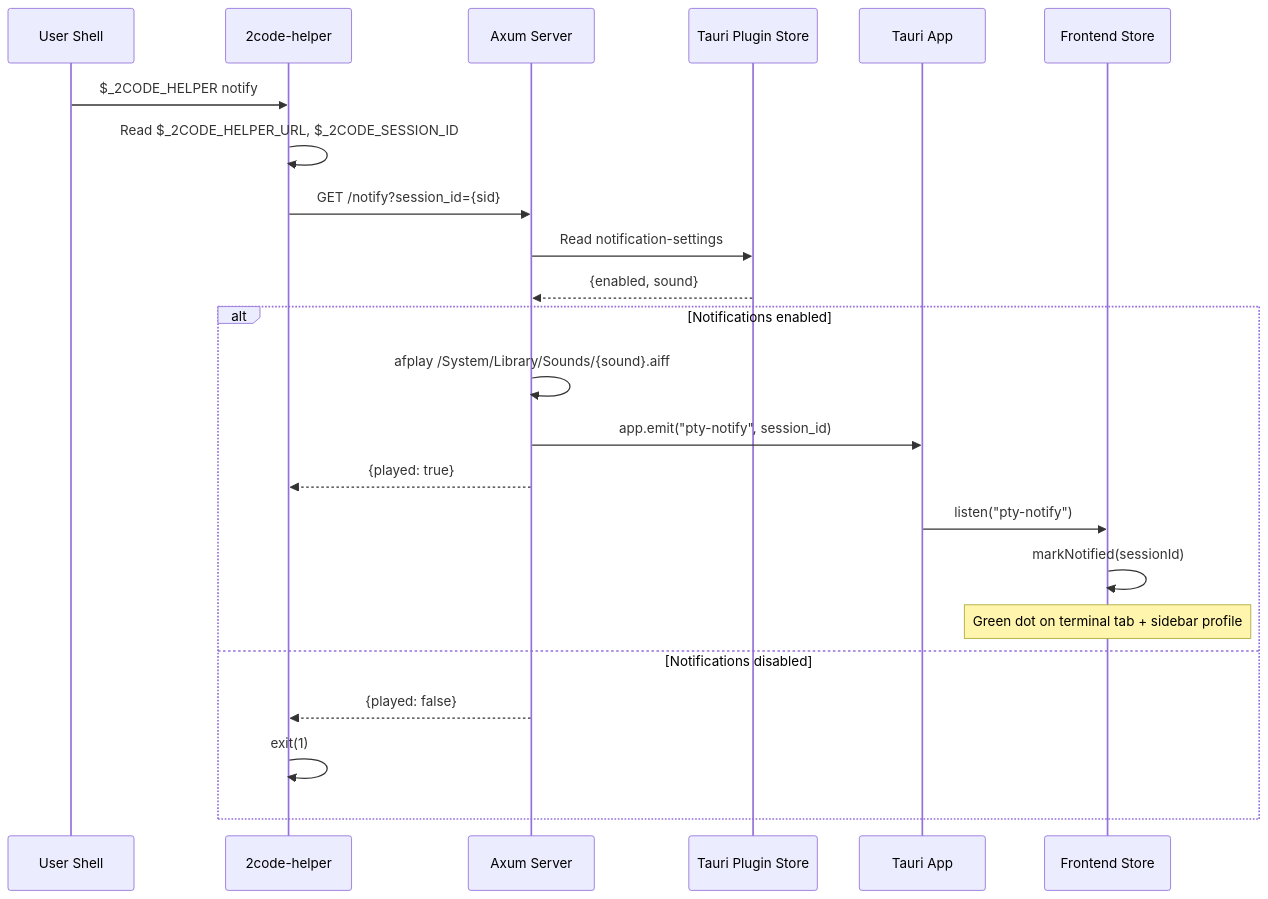
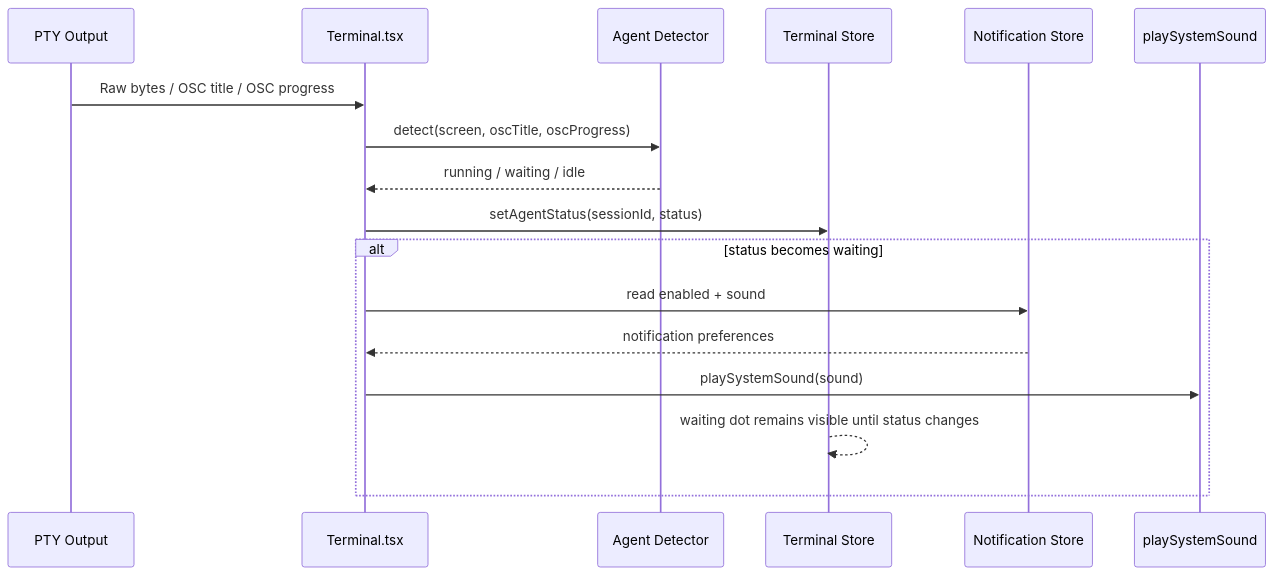
One commit to AkaraChen/2code changed the fourth of 5 diagrams in docs/data-flow.md. Above: the diagram before and after it, drawn with Mermaid. The commit also changed other lines of this file and 5 other files, not shown here.

Commit message:
docs: align pty storage architecture

````diff
--- a/docs/data-flow.md
+++ b/docs/data-flow.md
@@ -117,27 +118,21 @@
 ```mermaid
 sequenceDiagram
-    participant Shell as User Shell
-    participant CLI as 2code-helper
-    participant HTTP as Axum Server
-    participant Store as Tauri Plugin Store
-    participant App as Tauri App
-    participant FE as Frontend Store
+    participant PTY as PTY Output
+    participant Term as Terminal.tsx
+    participant Detector as Agent Detector
+    participant Store as Terminal Store
+    participant Settings as Notification Store
+    participant BE as playSystemSound
 
-    Shell->>CLI: $_2CODE_HELPER notify
-    CLI->>CLI: Read $_2CODE_HELPER_URL, $_2CODE_SESSION_ID
-    CLI->>HTTP: GET /notify?session_id={sid}
-    HTTP->>Store: Read notification-settings
-    Store-->>HTTP: {enabled, sound}
+    PTY->>Term: Raw bytes / OSC title / OSC progress
+    Term->>Detector: detect(screen, oscTitle, oscProgress)
+    Detector-->>Term: running / waiting / idle
+    Term->>Store: setAgentStatus(sessionId, status)
 
-    alt Notifications enabled
-        HTTP->>HTTP: afplay /System/Library/Sounds/{sound}.aiff
-        HTTP->>App: app.emit("pty-notify", session_id)
-        HTTP-->>CLI: {played: true}
-        App->>FE: listen("pty-notify")
-        FE->>FE: markNotified(sessionId)
-        Note over FE: Green dot on terminal tab + sidebar profile
-    else Notifications disabled
-        HTTP-->>CLI: {played: false}
-        CLI->>CLI: exit(1)
+    alt status becomes waiting
+        Term->>Settings: read enabled + sound
+        Settings-->>Term: notification preferences
+        Term->>BE: playSystemSound(sound)
+        Store-->>Store: waiting dot remains visible until status changes
     end
 ```
````
